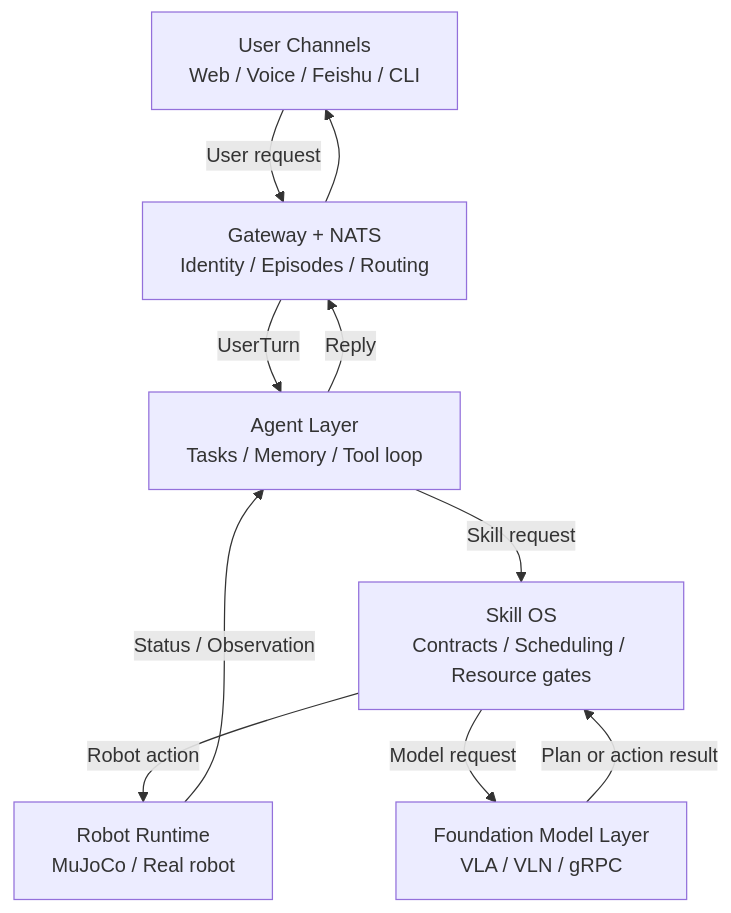
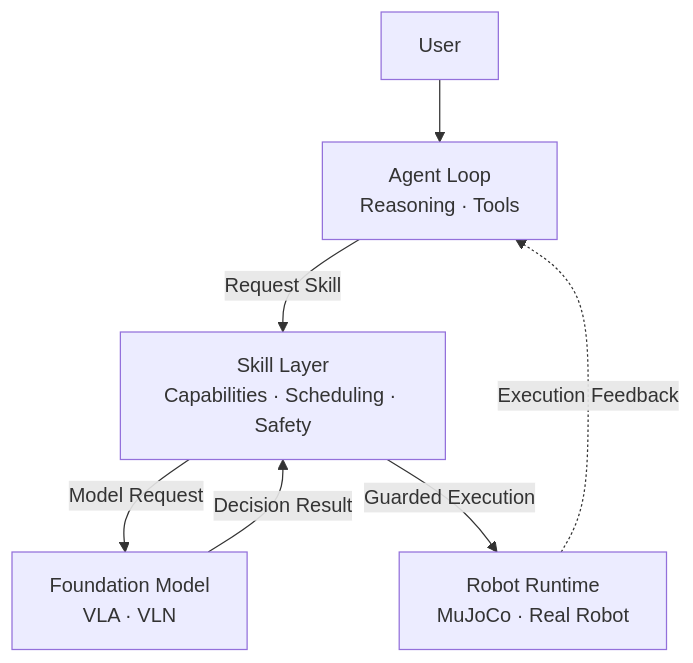
Before and after one commit to Xbotics-Embodied-AI-club/Xbotics-Hey-Robot: the diagram in docs/README_EN.md, drawn with Mermaid. The commit also changed other lines of this file and 1 other file, not shown here.

````diff
--- a/docs/README_EN.md
+++ b/docs/README_EN.md
@@ -45,19 +39,9 @@
 ```mermaid
 flowchart TD
-    U[User Channels<br/>Web / Voice / Feishu / CLI]
-    G[Gateway + NATS<br/>Identity / Episodes / Routing]
-    A[Agent Layer<br/>Tasks / Memory / Tool loop]
-    S[Skill OS<br/>Contracts / Scheduling / Resource gates]
-    F[Foundation Model Layer<br/>VLA / VLN / gRPC]
-    R[Robot Runtime<br/>MuJoCo / Real robot]
-
-    U -->|User request| G
-    G -->|UserTurn| A
-    A -->|Skill request| S
-    S -->|Robot action| R
-    S -->|Model request| F
-    F -->|Plan or action result| S
-    R -->|Status / Observation| A
-    A -->|Reply| G
-    G --> U
+    U[User] --> A[Agent Loop<br/>Reasoning · Tools]
+    A -->|Request Skill| S[Skill Layer<br/>Capabilities · Scheduling · Safety]
+    S -->|Model Request| F[Foundation Model<br/>VLA · VLN]
+    F -->|Decision Result| S
+    S -->|Guarded Execution| R[Robot Runtime<br/>MuJoCo · Real Robot]
+    R -.Execution Feedback.-> A
 ```
````
